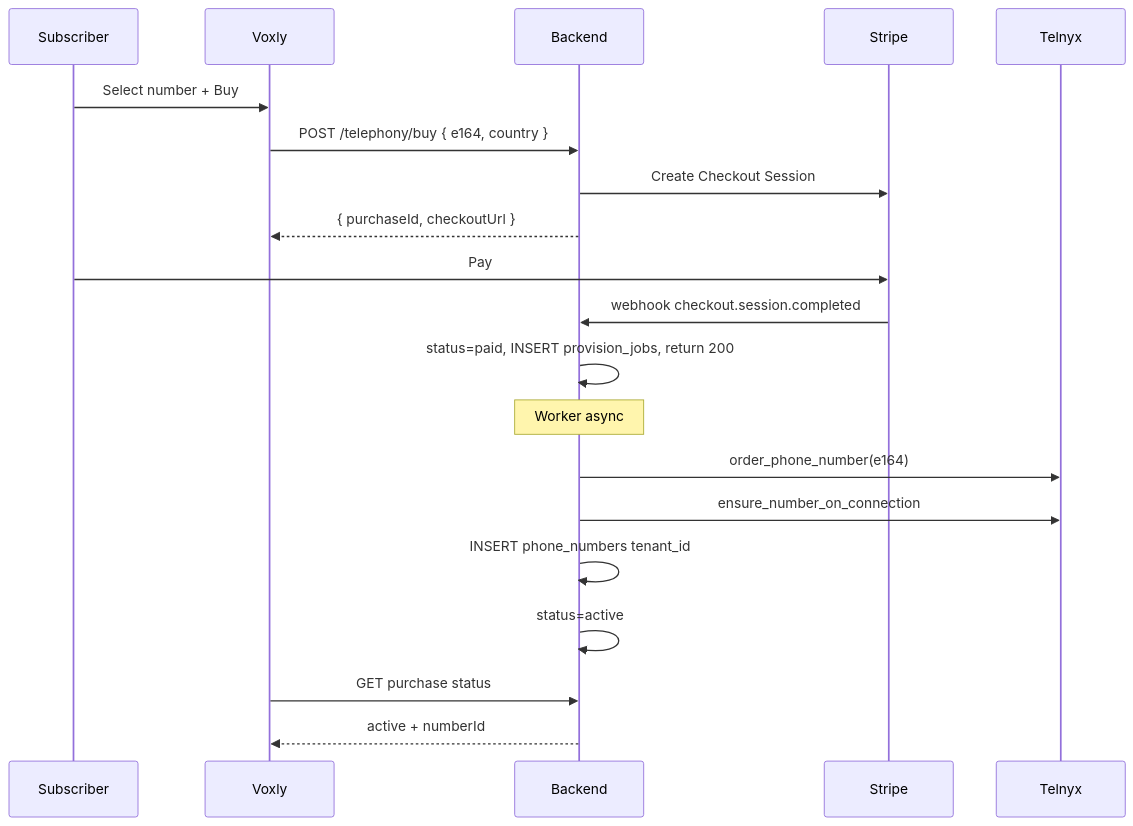
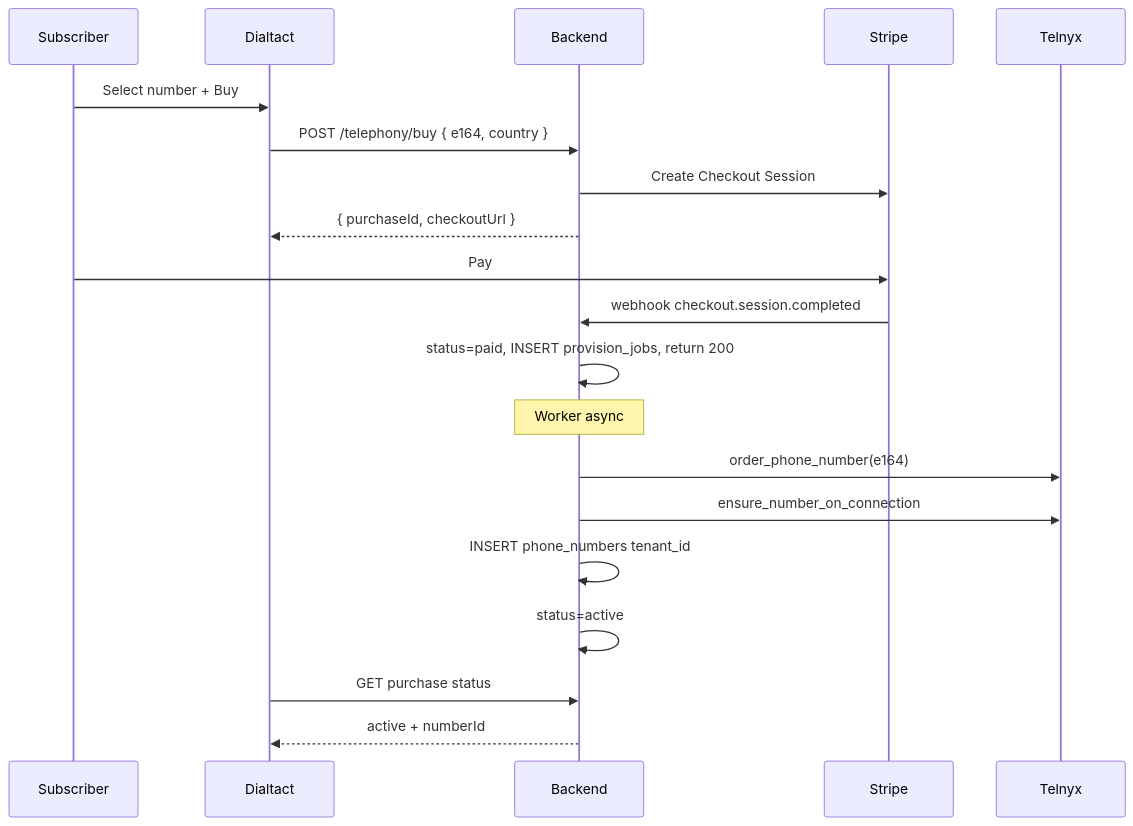
Before and after one commit to MOHAN8897/voice-agent: the diagram in saas-workflow/PRD-04-phone-numbers-stripe-telnyx.md, drawn with Mermaid. The commit also changed other lines of this file and 849 other files, not shown here.

````diff
--- a/saas-workflow/PRD-04-phone-numbers-stripe-telnyx.md
+++ b/saas-workflow/PRD-04-phone-numbers-stripe-telnyx.md
@@ -72,23 +72,23 @@
 ```mermaid
 sequenceDiagram
   participant U as Subscriber
-  participant V as Voxly
+  participant V as Dialtact
   participant API as Backend
   participant S as Stripe
   participant T as Telnyx
 
   U->>V: Select number + Buy
   V->>API: POST /telephony/buy { e164, country }
   API->>S: Create Checkout Session
   API-->>V: { purchaseId, checkoutUrl }
   U->>S: Pay
   S->>API: webhook checkout.session.completed
   API->>API: status=paid, INSERT provision_jobs, return 200
   Note over API: Worker async
   API->>T: order_phone_number(e164)
   API->>T: ensure_number_on_connection
   API->>API: INSERT phone_numbers tenant_id
   API->>API: status=active
   V->>API: GET purchase status
   API-->>V: active + numberId
 ```
````
